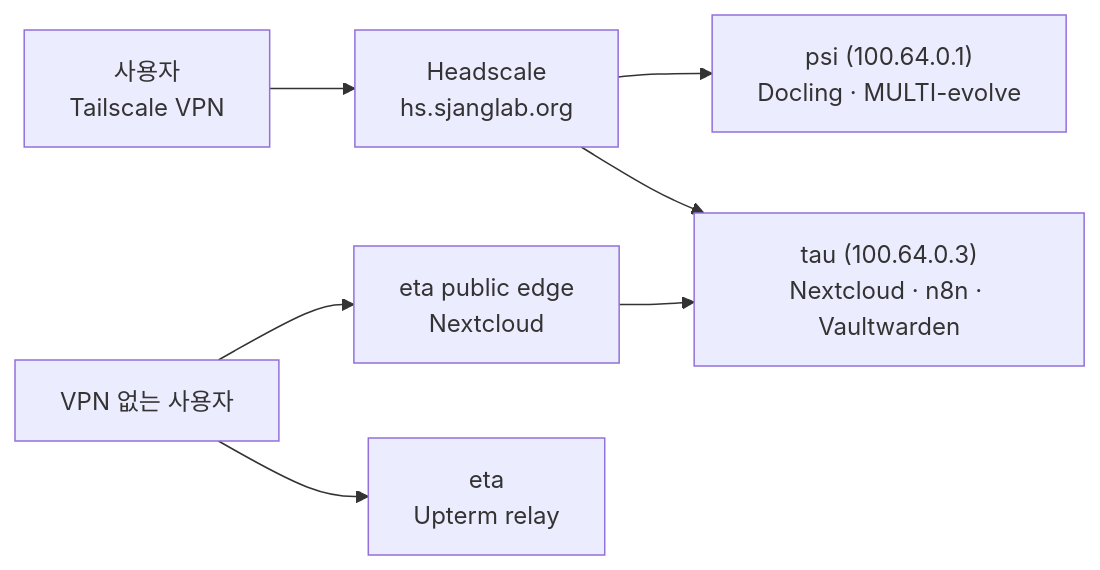
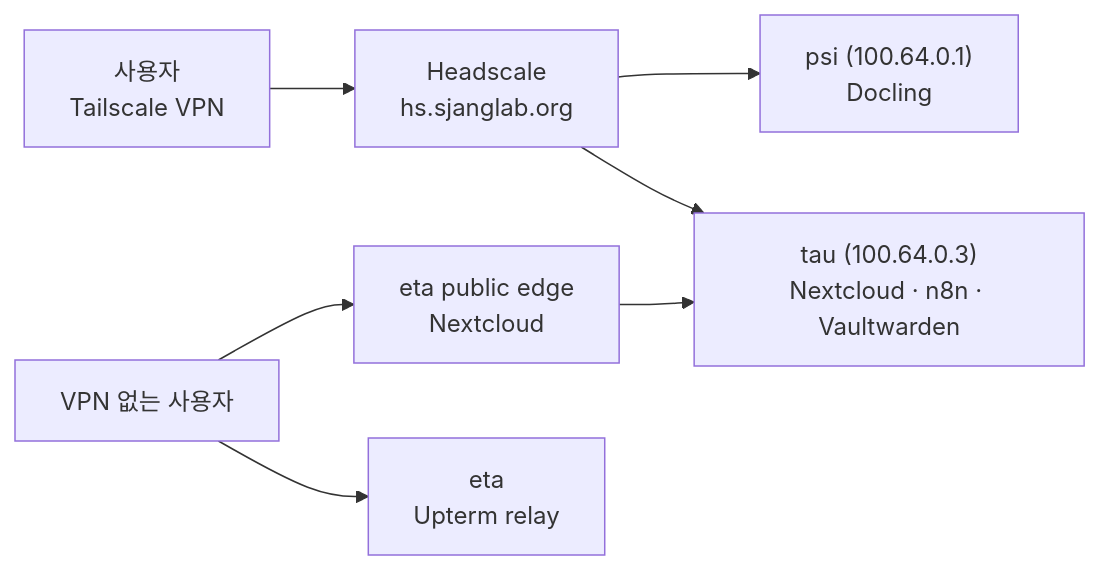
Before and after one commit to SBEE-Lab/infra: the diagram in docs/guide/vpn-setup.md, drawn with Mermaid. The commit also changed other lines of this file and 29 other files, not shown here.

````diff
--- a/docs/guide/vpn-setup.md
+++ b/docs/guide/vpn-setup.md
@@ -122,9 +122,9 @@
 ```mermaid
 flowchart LR
   user["사용자<br/>Tailscale VPN"] --> hs["Headscale<br/>hs.sjanglab.org"]
-  hs --> psi["psi (100.64.0.1)<br/>Docling · MULTI-evolve"]
+  hs --> psi["psi (100.64.0.1)<br/>Docling"]
   hs --> tau["tau (100.64.0.3)<br/>Nextcloud · n8n · Vaultwarden"]
   internet["VPN 없는 사용자"] --> eta_edge["eta public edge<br/>Nextcloud"]
   eta_edge --> tau
   internet --> upterm["eta<br/>Upterm relay"]
 ```
````
